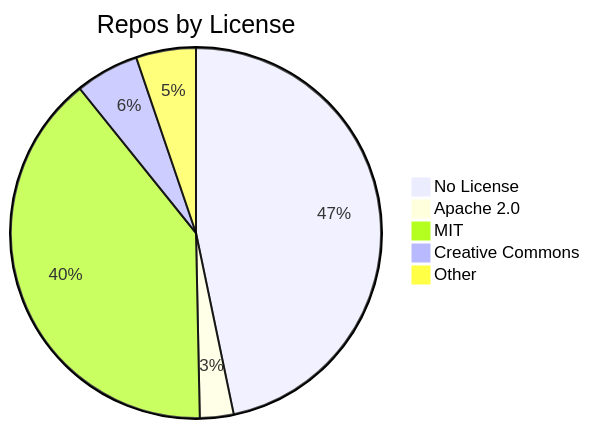
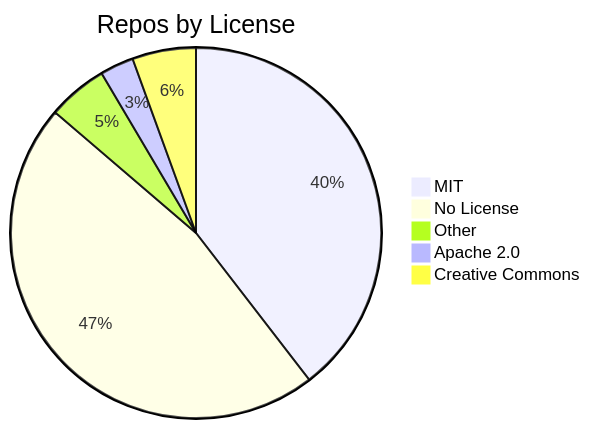
One commit to jpatterson933/awesome-mcp-server-repo-index changed the diagram in README.md. Above: the diagram before and after it, drawn with Mermaid. The commit also changed other lines of this file and 3 other files, not shown here.

````diff
--- a/README.md
+++ b/README.md
@@ -29,8 +29,8 @@
 ```mermaid
 pie title Repos by License
+    "MIT" : 121
     "No License" : 143
+    "Other" : 16
     "Apache 2.0" : 9
-    "MIT" : 121
     "Creative Commons" : 17
-    "Other" : 16
 ```
````
